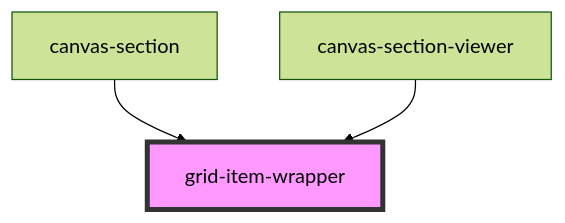
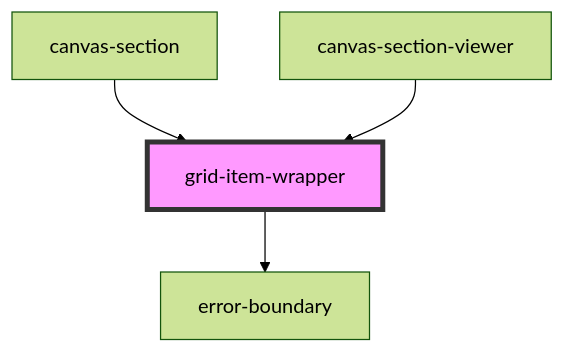
Before and after one commit to lucidworks/grid-builder-poc: the diagram in stencil-grid-builder/src/components/grid-item-wrapper/readme.md, drawn with Mermaid (forest theme). The commit also changed other lines of this file and 1 other file, not shown here.

First line of the commit message:
feat(error-boundary): integrate error boundary into grid-item-wrapper

````diff
--- a/stencil-grid-builder/src/components/grid-item-wrapper/readme.md
+++ b/stencil-grid-builder/src/components/grid-item-wrapper/readme.md
@@ -47,6 +52,7 @@
 ```mermaid
 graph TD;
+  grid-item-wrapper --> error-boundary
   canvas-section --> grid-item-wrapper
   canvas-section-viewer --> grid-item-wrapper
   style grid-item-wrapper fill:#f9f,stroke:#333,stroke-width:4px
 ```
````
